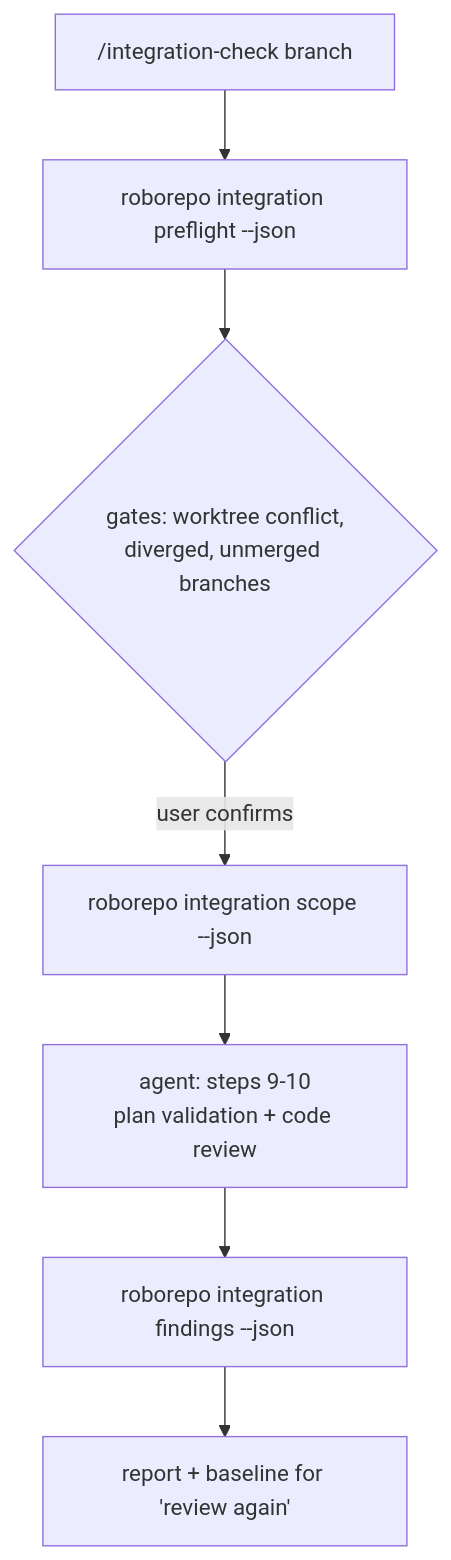
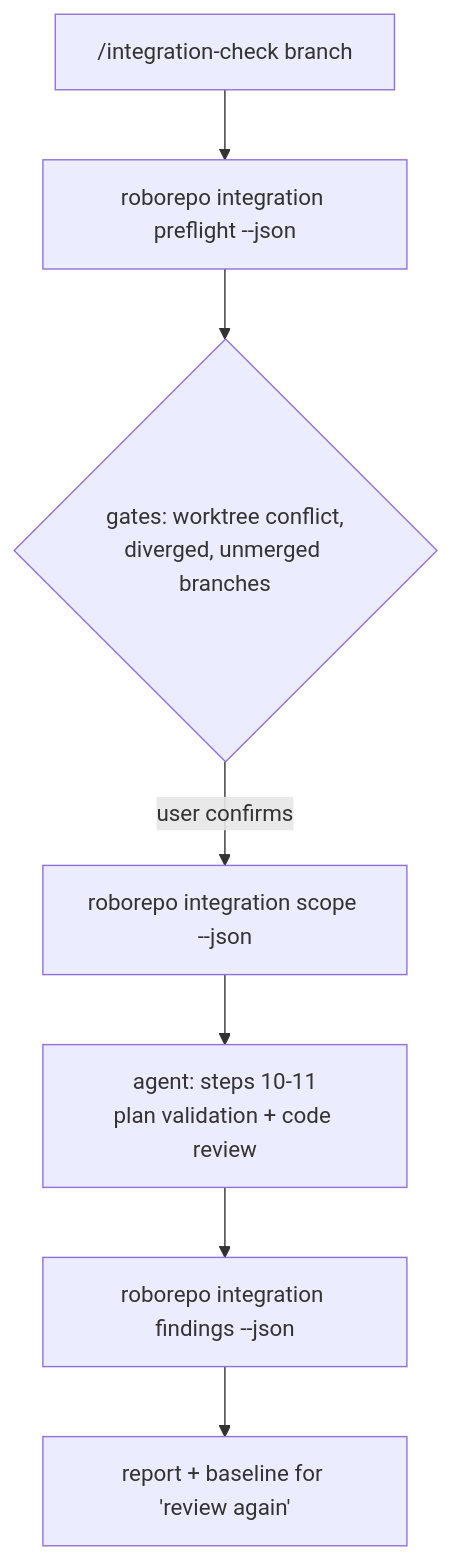
Before and after one commit to kirinmurphy/harness_configs: the diagram in docs/plans/backlog/plan-integration-check-determinism.md, drawn with Mermaid. The commit also changed other lines of this file and 6 other files, not shown here.

````diff
--- a/docs/plans/backlog/plan-integration-check-determinism.md
+++ b/docs/plans/backlog/plan-integration-check-determinism.md
@@ -126,9 +126,9 @@
 ```mermaid
 flowchart TD
     A["/integration-check branch"] --> B["roborepo integration preflight --json"]
     B --> C{gates: worktree conflict,<br/>diverged, unmerged branches}
     C -->|user confirms| D["roborepo integration scope --json"]
-    D --> E["agent: steps 9-10<br/>plan validation + code review"]
+    D --> E["agent: steps 10-11<br/>plan validation + code review"]
     E --> F["roborepo integration findings --json"]
     F --> G["report + baseline for 'review again'"]
 ```
````
